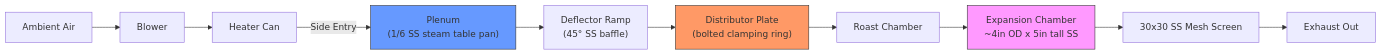
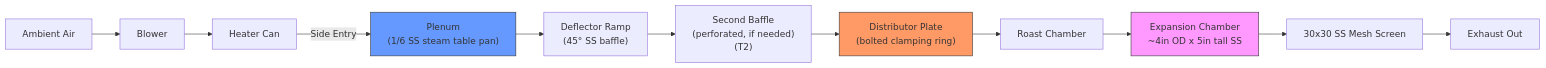
One commit to tom-jordan23/roaster changed the first of 4 diagrams in docs/system/block-diagram.md. Above: the diagram before and after it, drawn with Mermaid. The commit also changed other lines of this file and 18 other files, not shown here.

````diff
--- a/docs/system/block-diagram.md
+++ b/docs/system/block-diagram.md
@@ -16,16 +16,17 @@
 ```mermaid
 flowchart LR
     A[Ambient Air] --> B[Blower]
     B --> C[Heater Can]
     C -->|Side Entry| D["Plenum\n(1/6 SS steam table pan)"]
     D --> E["Deflector Ramp\n(45° SS baffle)"]
-    E --> F["Distributor Plate\n(bolted clamping ring)"]
+    E --> E2["Second Baffle\n(perforated, if needed)\n(T2)"]
+    E2 --> F["Distributor Plate\n(bolted clamping ring)"]
     F --> G[Roast Chamber]
     G --> H[Expansion Chamber\n~4in OD x 5in tall SS]
     H --> J[30x30 SS Mesh Screen]
     J --> I[Exhaust Out]
 
     style F fill:#f96,stroke:#333
     style D fill:#69f,stroke:#333
     style H fill:#f9f,stroke:#333
 ```
````
